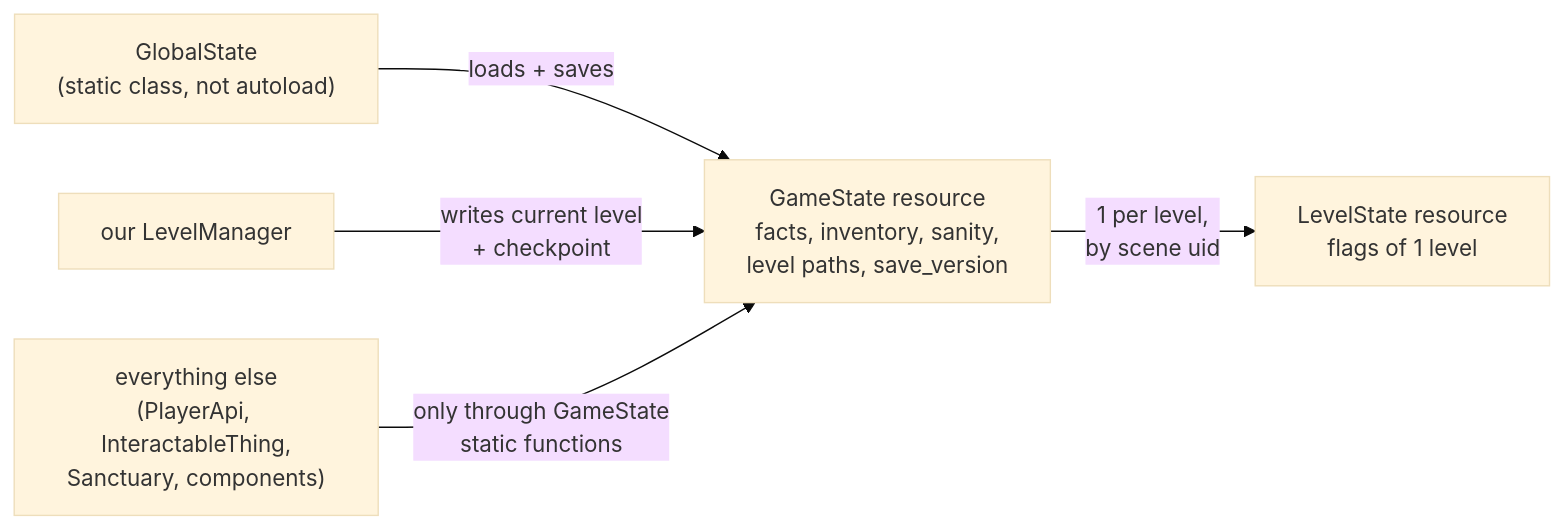
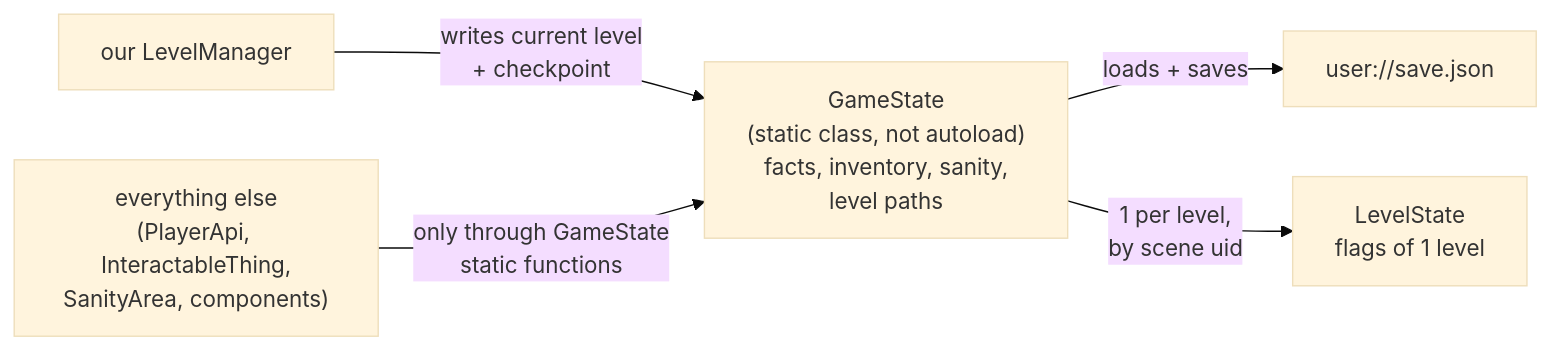
The fifth of 9 diagrams in content/long term celcit pixie horror game/TDD.md (sintutiers/nexus), drawn with Mermaid (base theme) before and after one commit. The commit also changed other lines of this file, not shown here.

````diff
--- a/content/long term celcit pixie horror game/TDD.md
+++ b/content/long term celcit pixie horror game/TDD.md
@@ -352,17 +361,17 @@
 ```mermaid
 graph LR
-    GS["GlobalState<br/>(static class, not autoload)"]
-    GSR["GameState resource<br/>facts, inventory, sanity,<br/>level paths, save_version"]
-    LSR["LevelState resource<br/>flags of 1 level"]
+    GS["user://save.json"]
+    GSR["GameState<br/>(static class, not autoload)<br/>facts, inventory, sanity,<br/>level paths"]
+    LSR["LevelState<br/>flags of 1 level"]
     LM["our LevelManager"]
-    USERS["everything else<br/>(PlayerApi, InteractableThing,<br/>Sanctuary, components)"]
+    USERS["everything else<br/>(PlayerApi, InteractableThing,<br/>SanityArea, components)"]
 
-    GS -->|"loads + saves"| GSR
+    GSR -->|"loads + saves"| GS
     GSR -->|"1 per level,<br/>by scene uid"| LSR
     LM -->|"writes current level<br/>+ checkpoint"| GSR
     USERS -->|"only through GameState<br/>static functions"| GSR
 
     click GSR href "https://github.com/sintutiers/celter-fairy-pixie-gameproject/blob/master/scripts/save/game_state.gd" _blank
     click LSR href "https://github.com/sintutiers/celter-fairy-pixie-gameproject/blob/master/scripts/save/level_state.gd" _blank
     click LM href "https://github.com/sintutiers/celter-fairy-pixie-gameproject/blob/master/scripts/save/level_and_state_manager.gd" _blank
 ```
````
